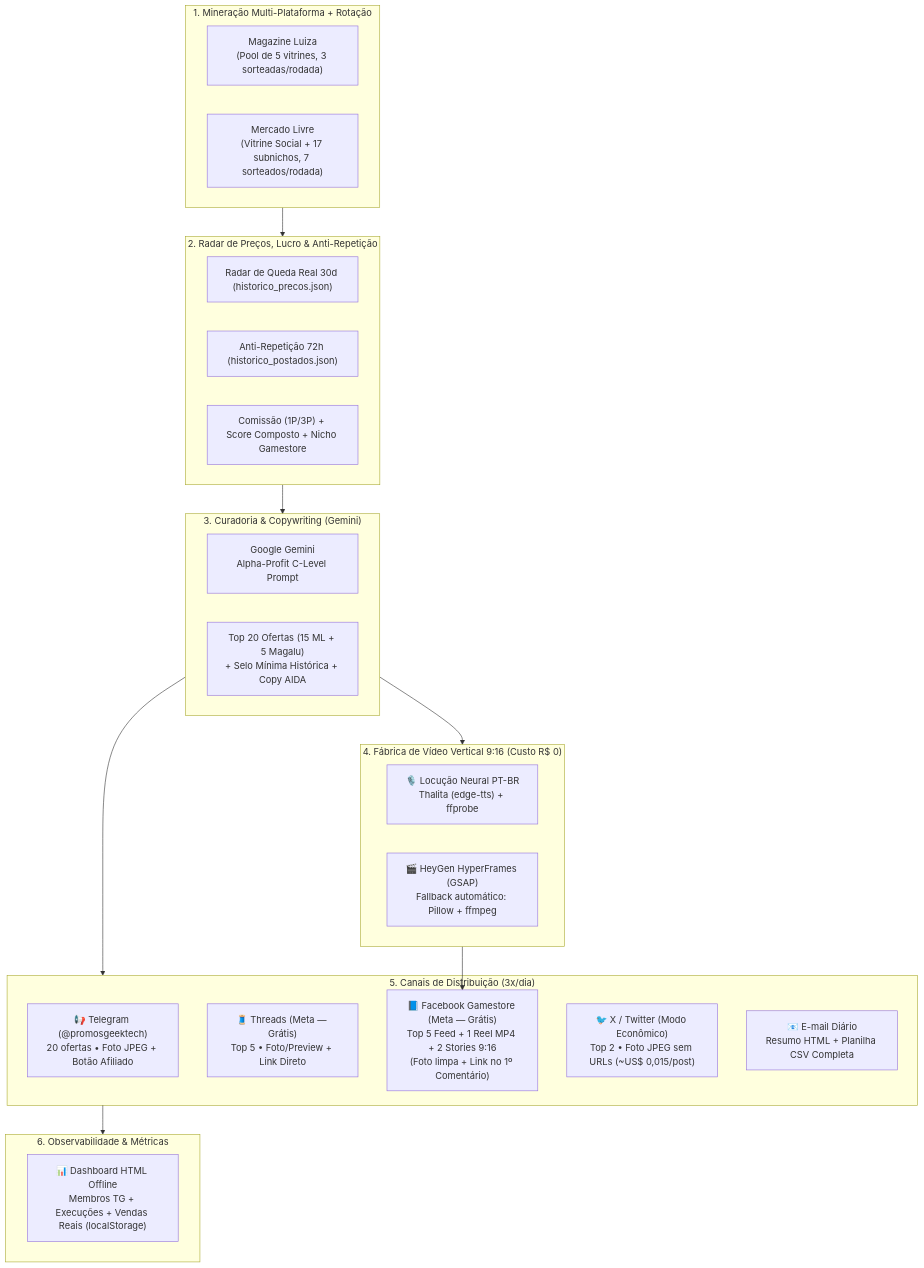
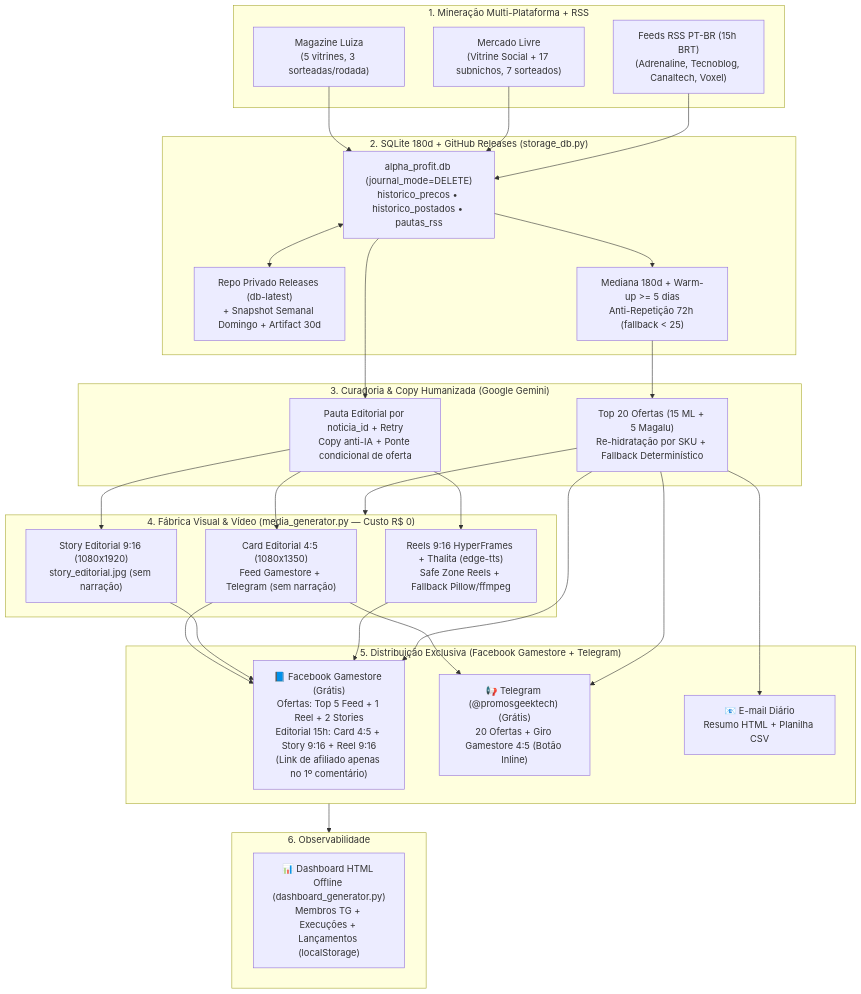
One commit to rdsmelobsb/bot_afiliados_magalu changed the diagram in README.md. Above: the diagram before and after it, drawn with Mermaid. The commit also changed other lines of this file and 4 other files, not shown here.

Commit message:
feat(editorial): ajusta safe zone do reel, adiciona story 9:16 e atualiza docs

````diff
--- a/README.md
+++ b/README.md
@@ -12,42 +14,55 @@
 ```mermaid
 flowchart TD
-    subgraph Coleta ["1. Mineração Multi-Plataforma + Rotação"]
-        M1["Magazine Luiza<br/>(Pool de 5 vitrines, 3 sorteadas/rodada)"]
-        M2["Mercado Livre<br/>(Vitrine Social + 17 subnichos, 7 sorteados/rodada)"]
+    subgraph Coleta ["1. Mineração Multi-Plataforma + RSS"]
+        M1["Magazine Luiza<br/>(5 vitrines, 3 sorteadas/rodada)"]
+        M2["Mercado Livre<br/>(Vitrine Social + 17 subnichos, 7 sorteados)"]
+        RSS["Feeds RSS PT-BR (15h BRT)<br/>(Adrenaline, Tecnoblog, Canaltech, Voxel)"]
     end
 
-    subgraph Inteligencia ["2. Radar de Preços, Lucro & Anti-Repetição"]
-        F1["Radar de Queda Real 30d (historico_precos.json)"]
-        F2["Anti-Repetição 72h (historico_postados.json)"]
-        F3["Comissão (1P/3P) + Score Composto + Nicho Gamestore"]
+    subgraph Persistencia ["2. SQLite 180d + GitHub Releases (storage_db.py)"]
+        DB1["alpha_profit.db (journal_mode=DELETE)<br/>historico_precos • historico_postados • pautas_rss"]
+        REL["Repo Privado Releases (db-latest)<br/>+ Snapshot Semanal Domingo + Artifact 30d"]
+        RADAR["Mediana 180d + Warm-up >= 5 dias<br/>Anti-Repetição 72h (fallback < 25)"]
     end
 
-    subgraph EstrategiaIA ["3. Curadoria & Copywriting (Gemini)"]
-        IA["Google Gemini<br/>Alpha-Profit C-Level Prompt"]
-        COPY["Top 20 Ofertas (15 ML + 5 Magalu)<br/>+ Selo Mínima Histórica + Copy AIDA"]
+    subgraph IA ["3. Curadoria & Copy Humanizada (Google Gemini)"]
+        IA_OF["Top 20 Ofertas (15 ML + 5 Magalu)<br/>Re-hidratação por SKU + Fallback Determinístico"]
+        IA_ED["Pauta Editorial por noticia_id + Retry<br/>Copy anti-IA + Ponte condicional de oferta"]
     end
 
-    subgraph Midia ["4. Fábrica de Vídeo Vertical 9:16 (Custo R$ 0)"]
-        TTS["🎙️ Locução Neural PT-BR<br/>Thalita (edge-tts) + ffprobe"]
-        HF["🎬 HeyGen HyperFrames (GSAP)<br/>Fallback automático: Pillow + ffmpeg"]
+    subgraph Midia ["4. Fábrica Visual & Vídeo (media_generator.py — Custo R$ 0)"]
+        CARD45["Card Editorial 4:5 (1080x1350)<br/>Feed Gamestore + Telegram (sem narração)"]
+        STORY916["Story Editorial 9:16 (1080x1920)<br/>story_editorial.jpg (sem narração)"]
+        REEL["Reels 9:16 HyperFrames + Thalita (edge-tts)<br/>Safe Zone Reels + Fallback Pillow/ffmpeg"]
     end
 
-    subgraph Distribuicao ["5. Canais de Distribuição (3x/dia)"]
-        TG["📢 Telegram (@promosgeektech)<br/>20 ofertas • Foto JPEG + Botão Afiliado"]
-        TH["🧵 Threads (Meta — Grátis)<br/>Top 5 • Foto/Preview + Link Direto"]
-        FB["📘 Facebook Gamestore (Meta — Grátis)<br/>Top 5 Feed + 1 Reel MP4 + 2 Stories 9:16<br/>(Foto limpa + Link no 1º Comentário)"]
-        TW["🐦 X / Twitter (Modo Econômico)<br/>Top 2 • Foto JPEG sem URLs (~US$ 0,015/post)"]
-        EMAIL["📧 E-mail Diário<br/>Resumo HTML + Planilha CSV Completa"]
+    subgraph Distribuicao ["5. Distribuição Exclusiva (Facebook Gamestore + Telegram)"]
+        FB["📘 Facebook Gamestore (Grátis)<br/>Ofertas: Top 5 Feed + 1 Reel + 2 Stories<br/>Editorial 15h: Card 4:5 + Story 9:16 + Reel 9:16<br/>(Link de afiliado apenas no 1º comentário)"]
+        TG["📢 Telegram (@promosgeektech) (Grátis)<br/>20 Ofertas + Giro Gamestore 4:5 (Botão Inline)"]
+        EMAIL["📧 E-mail Diário<br/>Resumo HTML + Planilha CSV"]
     end
 
-    subgraph Tracking ["6. Observabilidade & Métricas"]
-        DASH["📊 Dashboard HTML Offline<br/>Membros TG + Execuções + Vendas Reais (localStorage)"]
+    subgraph Tracking ["6. Observabilidade"]
+        DASH["📊 Dashboard HTML Offline (dashboard_generator.py)<br/>Membros TG + Execuções + Lançamentos (localStorage)"]
     end
 
-    Coleta --> Inteligencia
-    Inteligencia --> EstrategiaIA
-    EstrategiaIA --> Midia
-    EstrategiaIA --> Distribuicao
-    Midia --> FB
+    M1 --> DB1
+    M2 --> DB1
+    RSS --> DB1
+    DB1 <--> REL
+    DB1 --> RADAR
+    RADAR --> IA_OF
+    DB1 --> IA_ED
+    IA_OF --> Midia
+    IA_ED --> CARD45
+    IA_ED --> STORY916
+    IA_ED --> REEL
+    CARD45 --> FB
+    CARD45 --> TG
+    STORY916 --> FB
+    REEL --> FB
+    IA_OF --> TG
+    IA_OF --> FB
+    IA_OF --> EMAIL
     Distribuicao --> Tracking
 ```
````
